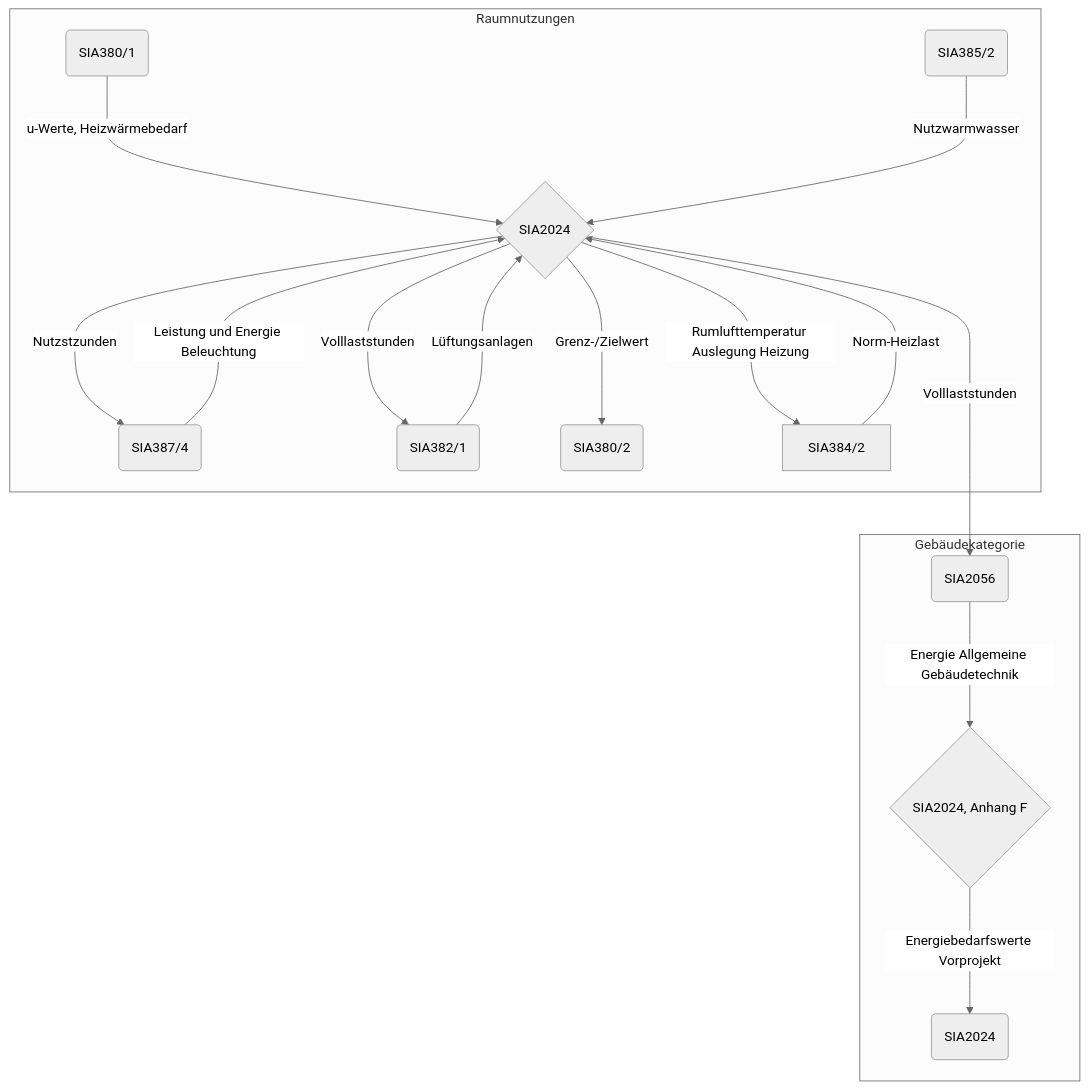
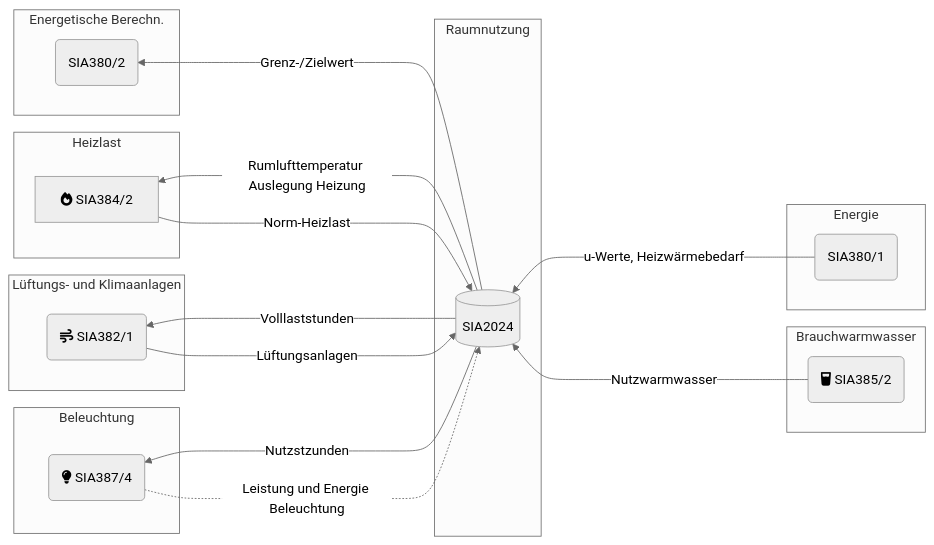
The second of 2 diagrams in docs/Sia 2024/generated.md (bitenergie/notes), drawn with Mermaid (neutral theme) before and after one commit. The commit also changed other lines of this file, not shown here.

````diff
--- a/docs/Sia 2024/generated.md
+++ b/docs/Sia 2024/generated.md
@@ -23,19 +31,27 @@
 ```mermaid
-graph TD
-  subgraph Raumnutzungen
-  A{SIA2024} --->|Nutzstzunden| B(SIA387/4);
-  B --->|Leistung und Energie Beleuchtung| A;
-  A --->|Volllaststunden| C(SIA382/1);
-  C --->|Lüftungsanlagen| A;
-  A --->|Grenz-/Zielwert| D(SIA380/2);
-  A --->|Rumlufttemperatur Auslegung Heizung| E[SIA384/2];
-  E --->|Norm-Heizlast| A;
-  F(SIA380/1) --->|u-Werte, Heizwärmebedarf| A;
-  G(SIA385/2) --->|Nutzwarmwasser| A;
-  end
-  subgraph Gebäudekategorie
-  A ---->|Volllaststunden| H(SIA2056);
-  H --->|Energie Allgemeine Gebäudetechnik| I{SIA2024, Anhang F};
-  I --->|Energiebedarfswerte Vorprojekt | J(SIA2024);
-  end
+graph RL
+    subgraph Raumnutzung
+    A[(SIA2024)]
+    end
+    subgraph Beleuchtung
+    A --->|Nutzstzunden| B(fa:fa-lightbulb SIA387/4)
+    B-. Leistung und Energie Beleuchtung .-> A
+    end
+    subgraph Lüftungs- und Klimaanlagen
+    C --->|Lüftungsanlagen| A
+    A --->|Volllaststunden| C(fa:fa-wind SIA382/1)
+    end
+    subgraph Heizlast
+    E --->|Norm-Heizlast| A
+    A --->|Rumlufttemperatur Auslegung Heizung| E[fa:fa-fire SIA384/2]
+    end
+    subgraph Energetische Berechn.
+    A --->|Grenz-/Zielwert| D(SIA380/2)
+    end
+    subgraph Energie
+    F(SIA380/1) --->|u-Werte, Heizwärmebedarf| A
+    end
+    subgraph Brauchwarmwasser
+    G(fa:fa-glass-water SIA385/2) --->|Nutzwarmwasser| A
+    end
 ```
````
